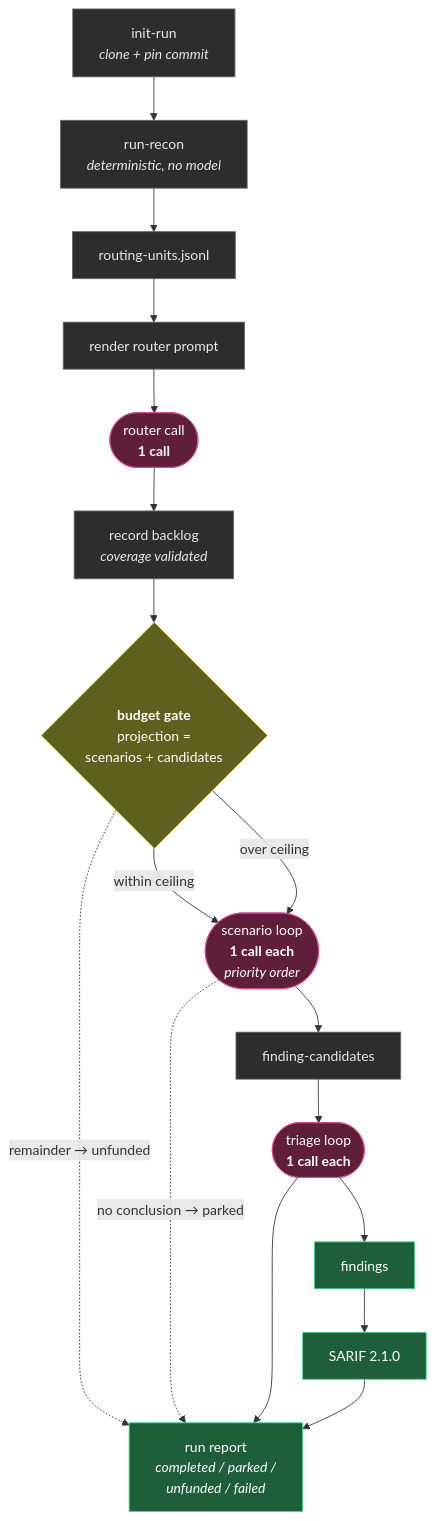
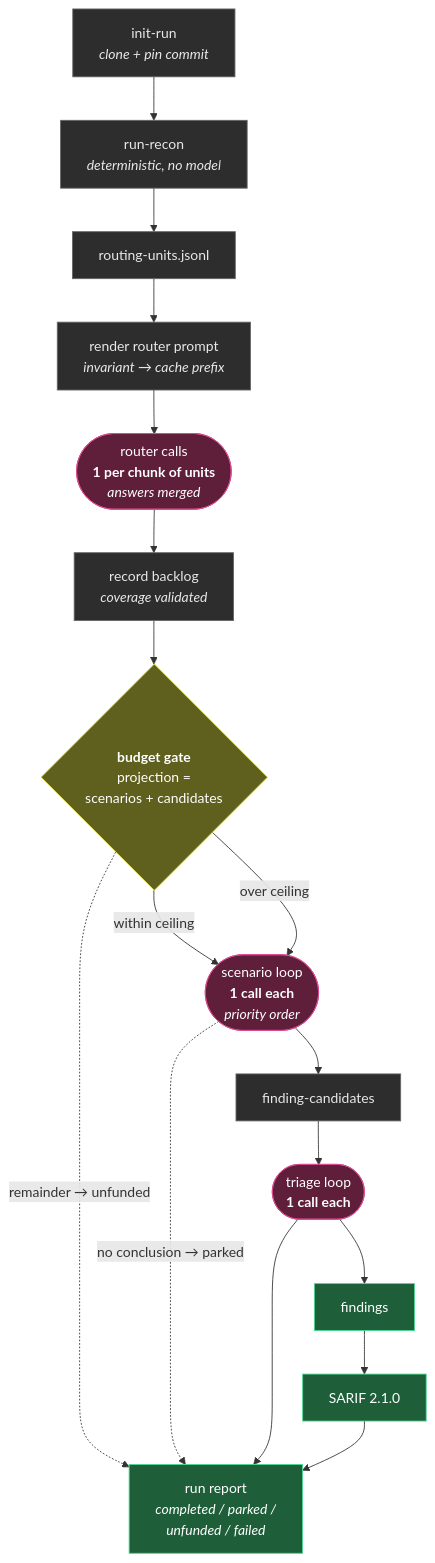
The second of 16 diagrams in docs/DESIGN.md (mfmiguez-oss/codescan-engagement), drawn with Mermaid before and after one commit. The commit also changed other lines of this file and 10 other files, not shown here.

First line of the commit message:
Stream dispatch and chunk the scenario router

````diff
--- a/docs/DESIGN.md
+++ b/docs/DESIGN.md
@@ -77,32 +77,32 @@
 ```mermaid
 flowchart TD
   classDef free fill:#2d2d2d,stroke:#666,color:#e8e8e8
   classDef paid fill:#5f1e3a,stroke:#d94a90,color:#fff
   classDef gate fill:#5f5f1e,stroke:#d9d94a,color:#fff
   classDef out fill:#1e5f3a,stroke:#4ad990,color:#fff
 
   init["init-run<br/><i>clone + pin commit</i>"]:::free
   recon["run-recon<br/><i>deterministic, no model</i>"]:::free
   units["routing-units.jsonl"]:::free
-  rp["render router prompt"]:::free
-  router(["router call<br/><b>1 call</b>"]):::paid
+  rp["render router prompt<br/><i>invariant → cache prefix</i>"]:::free
+  router(["router calls<br/><b>1 per chunk of units</b><br/><i>answers merged</i>"]):::paid
   backlog["record backlog<br/><i>coverage validated</i>"]:::free
 
   budget{"<b>budget gate</b><br/>projection =<br/>scenarios + candidates"}:::gate
 
   loop(["scenario loop<br/><b>1 call each</b><br/><i>priority order</i>"]):::paid
   cand["finding-candidates"]:::free
   triage(["triage loop<br/><b>1 call each</b>"]):::paid
   find["findings"]:::out
   sarif["SARIF 2.1.0"]:::out
   report["run report<br/><i>completed / parked /<br/>unfunded / failed</i>"]:::out
 
   init --> recon --> units --> rp --> router --> backlog --> budget
   budget -->|"within ceiling"| loop
   budget -->|"over ceiling"| loop
   loop --> cand --> triage --> find --> sarif
   budget -.->|"remainder → unfunded"| report
   loop -.->|"no conclusion → parked"| report
   triage --> report
   sarif --> report
 ```
````
